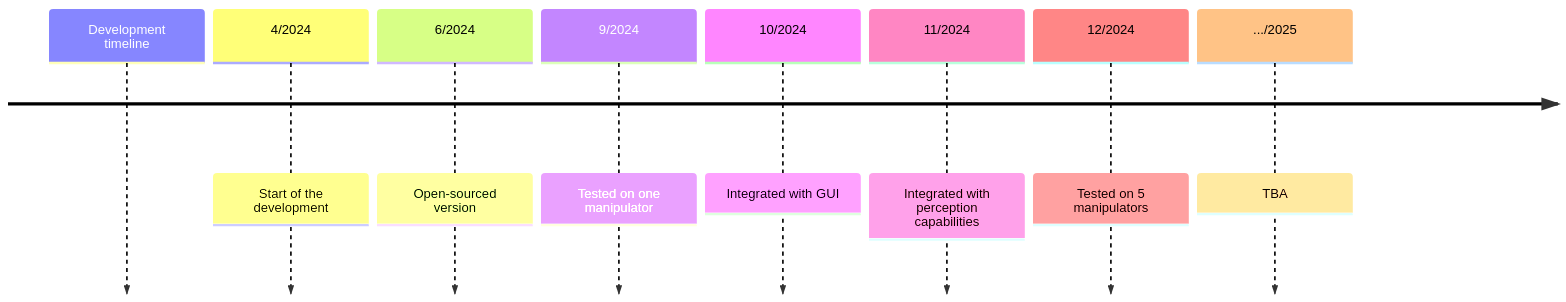
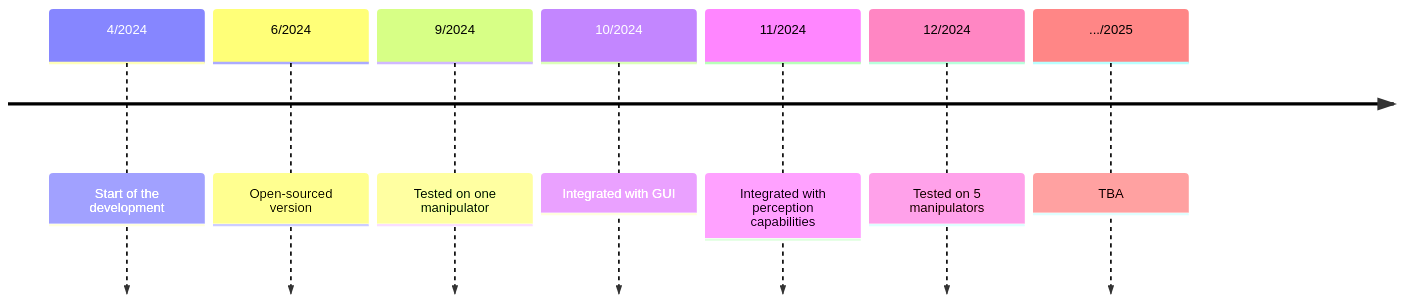
Before and after one commit to CroboticSolutions/arm_api2: the diagram in README.md, drawn with Mermaid. The commit also changed other lines of this file, not shown here.

````diff
--- a/README.md
+++ b/README.md
@@ -339,11 +339,10 @@
 ```mermaid
 timeline
-    Development timeline
     4/2024 : Start of the development
     6/2024 : Open-sourced version
     9/2024 : Tested on one manipulator
     10/2024: Integrated with GUI 
     11/2024: Integrated with perception capabilities
     12/2024 : Tested on 5 manipulators
     .../2025 : TBA
 ```
````
